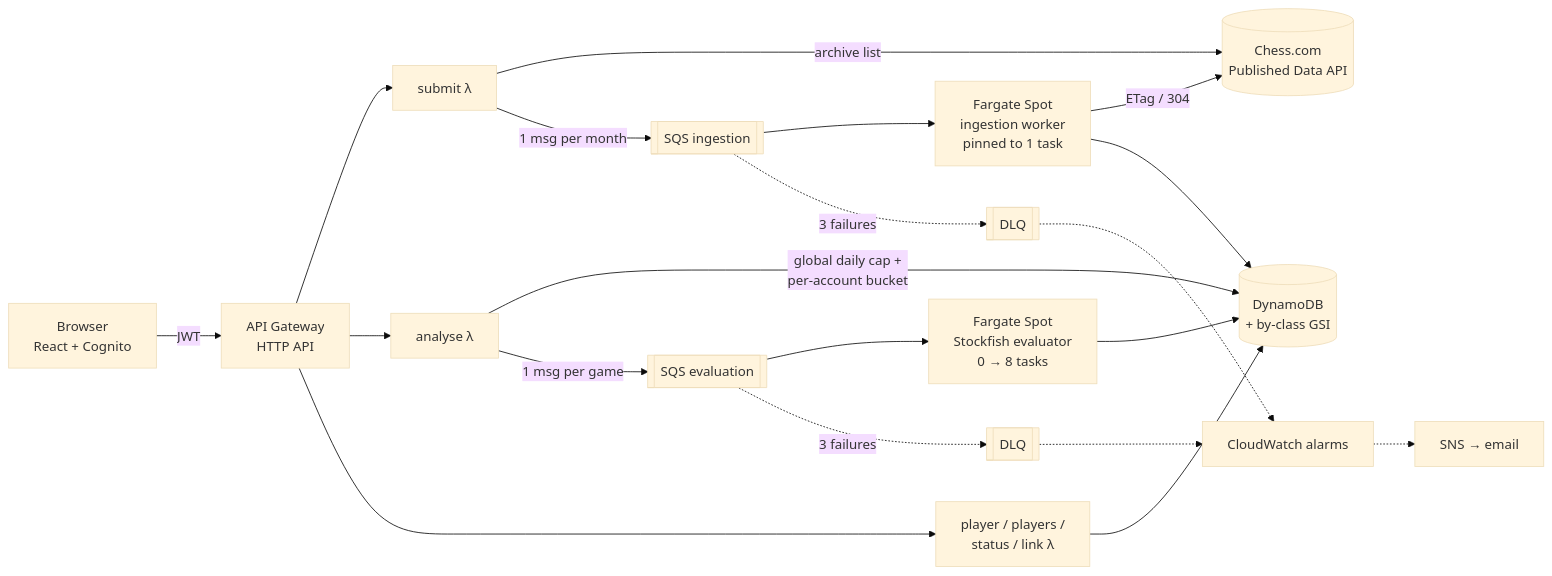
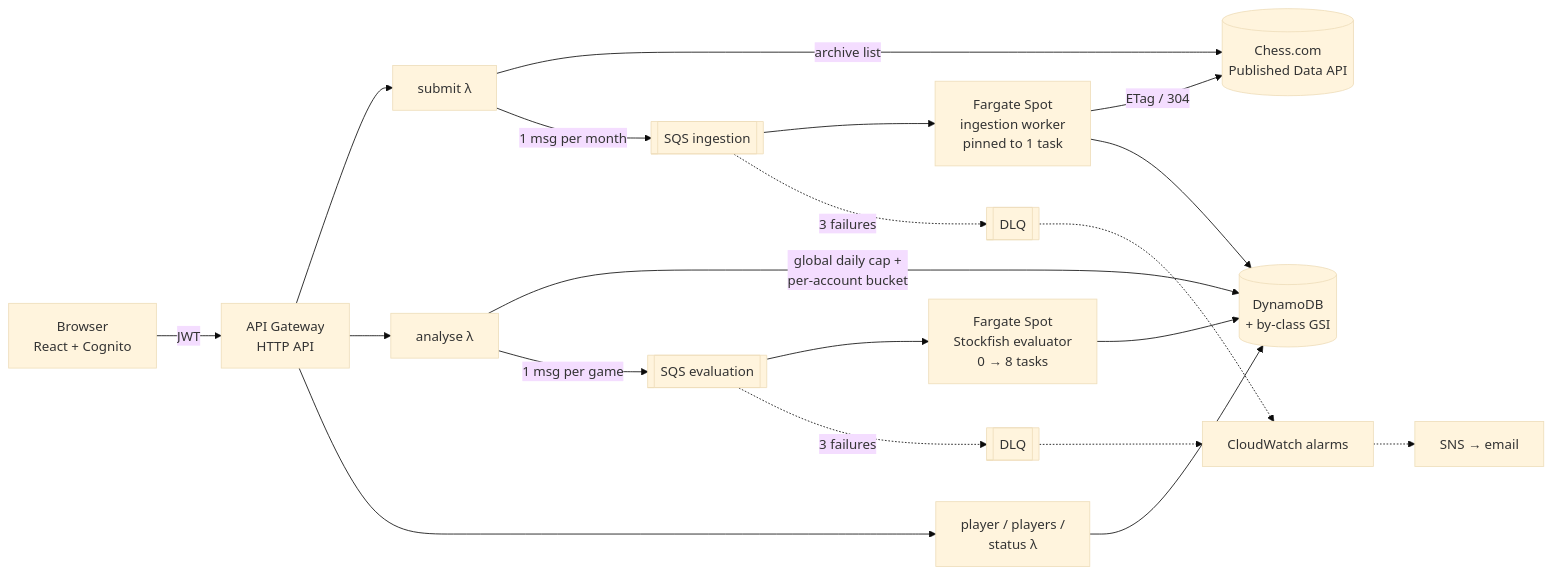
One commit to hwkanguniverse/chess-cloud-project changed the diagram in README.md. Above: the diagram before and after it, drawn with Mermaid (base theme). The commit also changed other lines of this file and 9 other files, not shown here.

````diff
--- a/README.md
+++ b/README.md
@@ -17,23 +17,23 @@
 ```mermaid
 flowchart LR
     U[Browser<br/>React + Cognito] -->|JWT| GW[API Gateway<br/>HTTP API]
     GW --> S[submit λ]
     GW --> A[analyse λ]
-    GW --> R[player / players /<br/>status / link λ]
+    GW --> R[player / players /<br/>status λ]
 
     S -->|archive list| CC[(Chess.com<br/>Published Data API)]
     S -->|1 msg per month| Q1[[SQS ingestion]]
     Q1 --> W[Fargate Spot<br/>ingestion worker<br/>pinned to 1 task]
     W -->|ETag / 304| CC
     W --> D[(DynamoDB<br/>+ by-class GSI)]
 
     A -->|global daily cap +<br/>per-account bucket| D
     A -->|1 msg per game| Q2[[SQS evaluation]]
     Q2 --> E[Fargate Spot<br/>Stockfish evaluator<br/>0 → 8 tasks]
     E --> D
     R --> D
 
     Q1 -.->|3 failures| DLQ1[[DLQ]]
     Q2 -.->|3 failures| DLQ2[[DLQ]]
     DLQ1 & DLQ2 -.-> AL[CloudWatch alarms] -.-> SNS[SNS → email]
 ```
````
